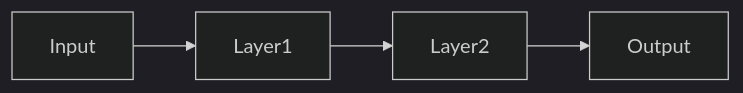
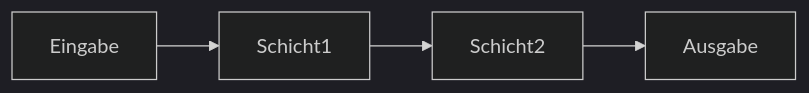
The diagram in i18n/de/docusaurus-plugin-content-docs/current/neural-networks/index.md (EmersonBraun/ai-summary-hub), drawn with Mermaid (dark theme) before and after one commit. The commit also changed other lines of this file and 384 other files, not shown here.

````diff
--- a/i18n/de/docusaurus-plugin-content-docs/current/neural-networks/index.md
+++ b/i18n/de/docusaurus-plugin-content-docs/current/neural-networks/index.md
@@ -17,6 +17,6 @@
 ```mermaid
 flowchart LR
-  Input[Input] --> Layer1[Layer1]
-  Layer1 --> Layer2[Layer2]
-  Layer2 --> Output[Output]
+  Input[Eingabe] --> Layer1[Schicht1]
+  Layer1 --> Layer2[Schicht2]
+  Layer2 --> Output[Ausgabe]
 ```
````
